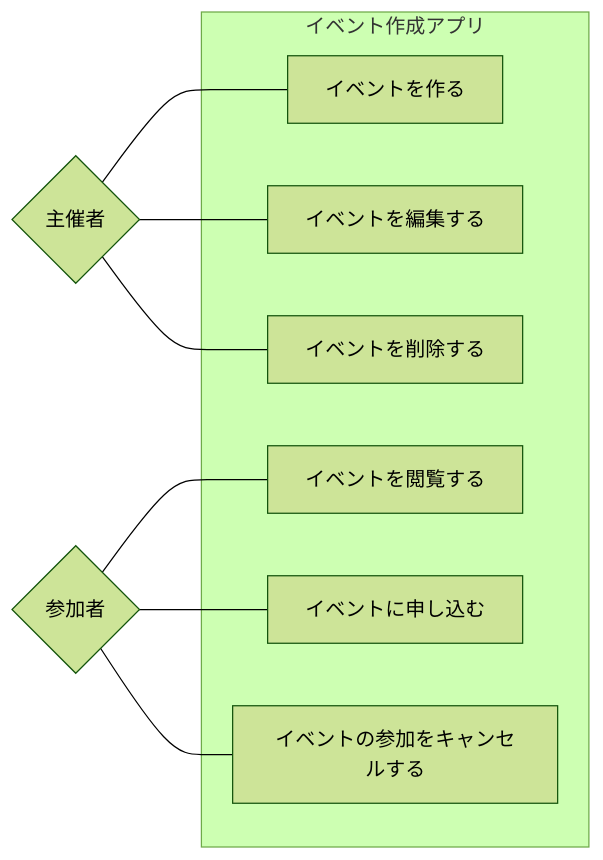
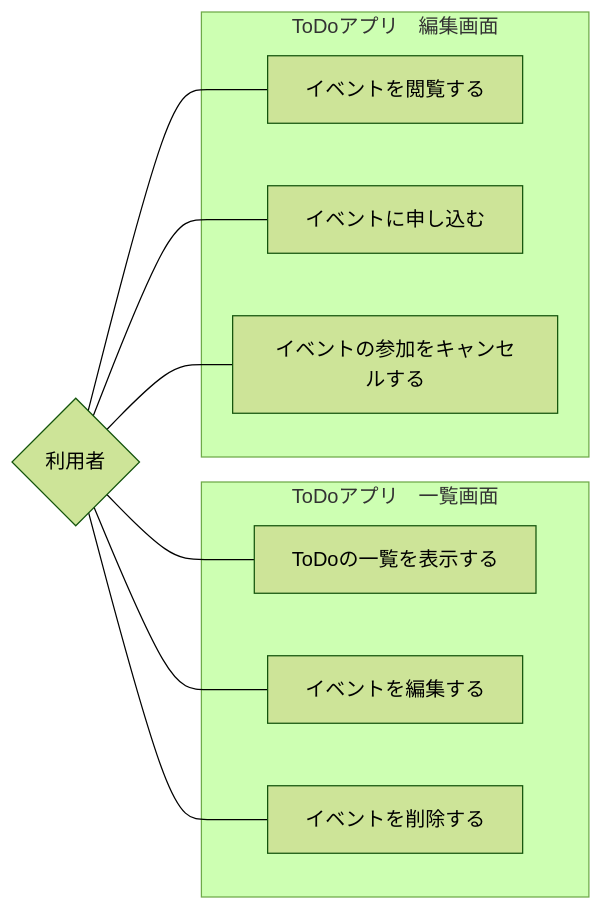
One commit to next-fire-starter/webdocs changed the diagram in design-document/概要.md. Above: the diagram before and after it, drawn with Mermaid (forest theme).

Commit message:
edit Flow

````diff
--- a/design-document/概要.md
+++ b/design-document/概要.md
@@ -7,23 +7,26 @@
 ```mermaid
 flowchart LR
 
-A{主催者}
-E{参加者}
+A{利用者}
 
-A --- B[イベントを作る]
+
+A --- B[ToDoの一覧を表示する]
 A --- C[イベントを編集する]
 A --- D[イベントを削除する]
-E --- F[イベントを閲覧する]
-E --- G[イベントに申し込む]
-E --- H[イベントの参加をキャンセルする]
+A --- F[イベントを閲覧する]
+A --- G[イベントに申し込む]
+A --- H[イベントの参加をキャンセルする]
 
-subgraph イベント作成アプリ
+subgraph ToDoアプリ　一覧画面
   B
   C
   D
+end
+
+subgraph ToDoアプリ　編集画面
   F
   G
   H
 end
 
 ```
````
